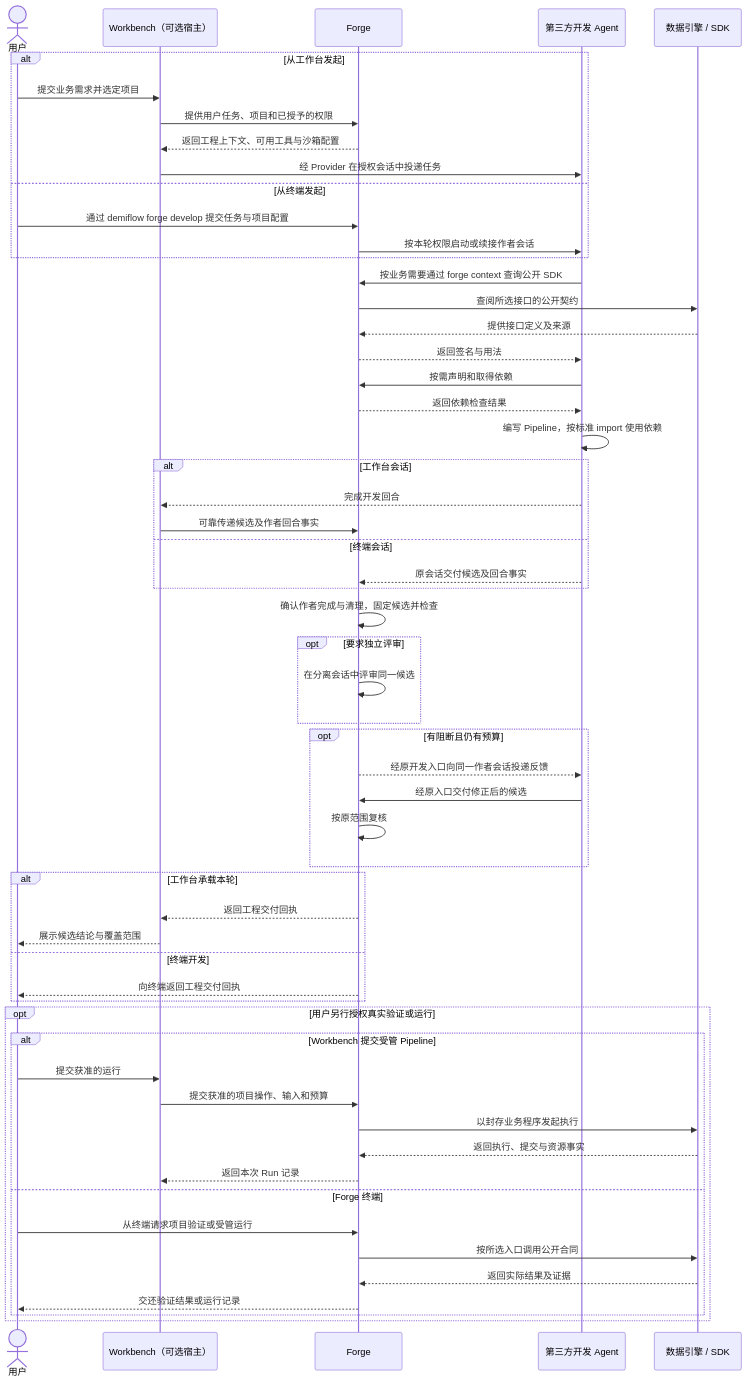
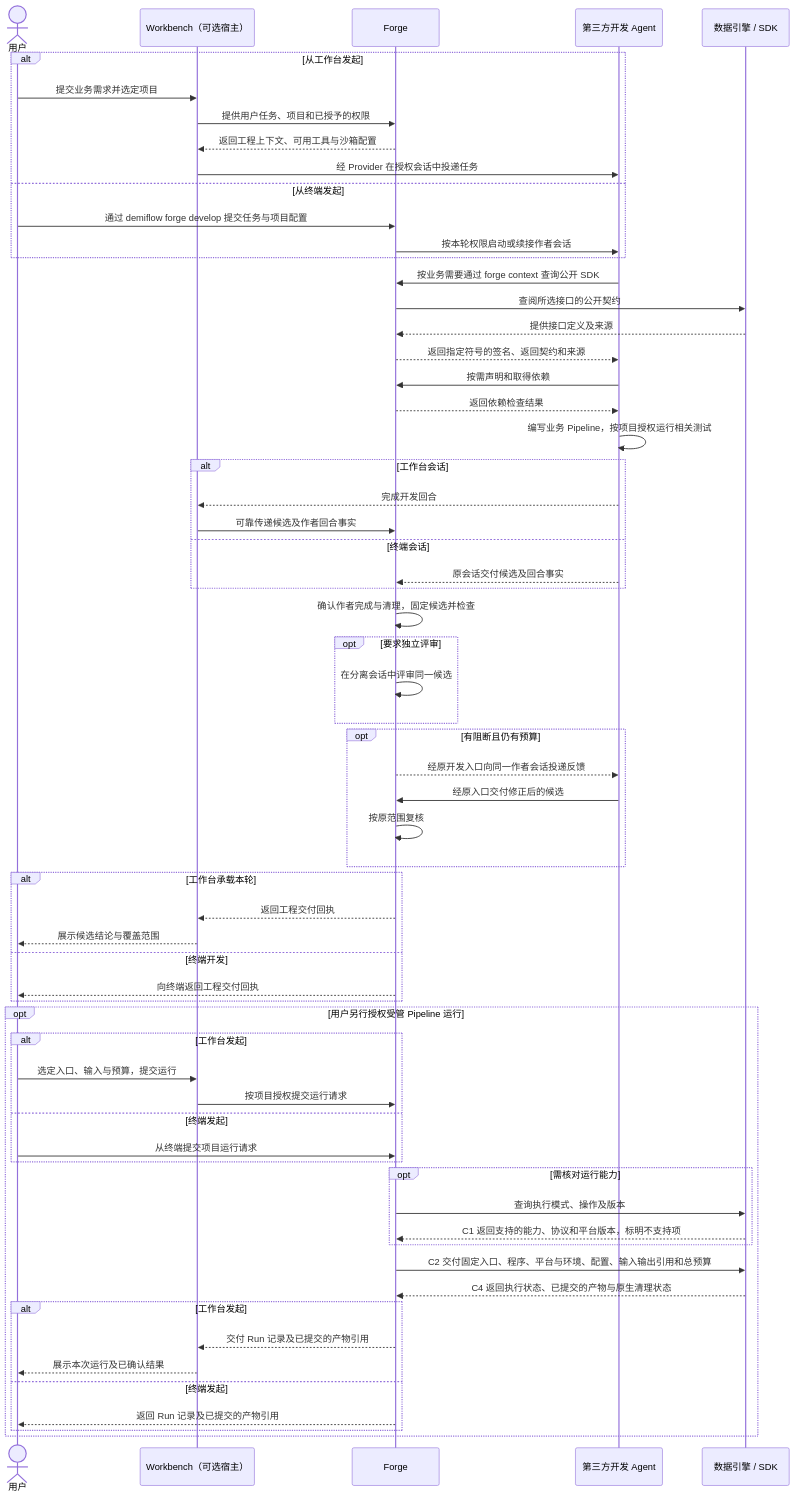
One commit to vincent9299/demiflow changed the second of 14 diagrams in docs/demiflow-architecture.md. Above: the diagram before and after it, drawn with Mermaid. The commit also changed other lines of this file, not shown here.

Commit message:
Put inter-module contracts on sequence diagram messages

````diff
--- a/docs/demiflow-architecture.md
+++ b/docs/demiflow-architecture.md
@@ -53,59 +44,65 @@
 ```mermaid
 sequenceDiagram
     actor U as 用户
     participant W as Workbench（可选宿主）
     participant F as Forge
     participant A as 第三方开发 Agent
     participant E as 数据引擎 / SDK
     alt 从工作台发起
         U->>W: 提交业务需求并选定项目
         W->>F: 提供用户任务、项目和已授予的权限
         F-->>W: 返回工程上下文、可用工具与沙箱配置
         W->>A: 经 Provider 在授权会话中投递任务
     else 从终端发起
         U->>F: 通过 demiflow forge develop 提交任务与项目配置
         F->>A: 按本轮权限启动或续接作者会话
     end
     A->>F: 按业务需要通过 forge context 查询公开 SDK
     F->>E: 查阅所选接口的公开契约
     E-->>F: 提供接口定义及来源
-    F-->>A: 返回签名与用法
+    F-->>A: 返回指定符号的签名、返回契约和来源
     A->>F: 按需声明和取得依赖
     F-->>A: 返回依赖检查结果
-    A->>A: 编写 Pipeline，按标准 import 使用依赖
+    A->>A: 编写业务 Pipeline，按项目授权运行相关测试
     alt 工作台会话
         A-->>W: 完成开发回合
         W->>F: 可靠传递候选及作者回合事实
     else 终端会话
         A-->>F: 原会话交付候选及回合事实
     end
     F->>F: 确认作者完成与清理，固定候选并检查
     opt 要求独立评审
         F->>F: 在分离会话中评审同一候选
     end
     opt 有阻断且仍有预算
         F-->>A: 经原开发入口向同一作者会话投递反馈
         A->>F: 经原入口交付修正后的候选
         F->>F: 按原范围复核
     end
     alt 工作台承载本轮
         F-->>W: 返回工程交付回执
         W-->>U: 展示候选结论与覆盖范围
     else 终端开发
         F-->>U: 向终端返回工程交付回执
     end
-    opt 用户另行授权真实验证或运行
-        alt Workbench 提交受管 Pipeline
-            U->>W: 提交获准的运行
-            W->>F: 提交获准的项目操作、输入和预算
-            F->>E: 以封存业务程序发起执行
-            E-->>F: 返回执行、提交与资源事实
-            F-->>W: 返回本次 Run 记录
-        else Forge 终端
-            U->>F: 从终端请求项目验证或受管运行
-            F->>E: 按所选入口调用公开合同
-            E-->>F: 返回实际结果及证据
-            F-->>U: 交还验证结果或运行记录
+    opt 用户另行授权受管 Pipeline 运行
+        alt 工作台发起
+            U->>W: 选定入口、输入与预算，提交运行
+            W->>F: 按项目授权提交运行请求
+        else 终端发起
+            U->>F: 从终端提交项目运行请求
+        end
+        opt 需核对运行能力
+            F->>E: 查询执行模式、操作及版本
+            E-->>F: C1 返回支持的能力、协议和平台版本，标明不支持项
+        end
+        F->>E: C2 交付固定入口、程序、平台与环境、配置、输入输出引用和总预算
+        E-->>F: C4 返回执行状态、已提交的产物与原生清理状态
+        alt 工作台发起
+            F-->>W: 交付 Run 记录及已提交的产物引用
+            W-->>U: 展示本次运行及已确认结果
+        else 终端发起
+            F-->>U: 返回 Run 记录及已提交的产物引用
         end
     end
 ```
````
